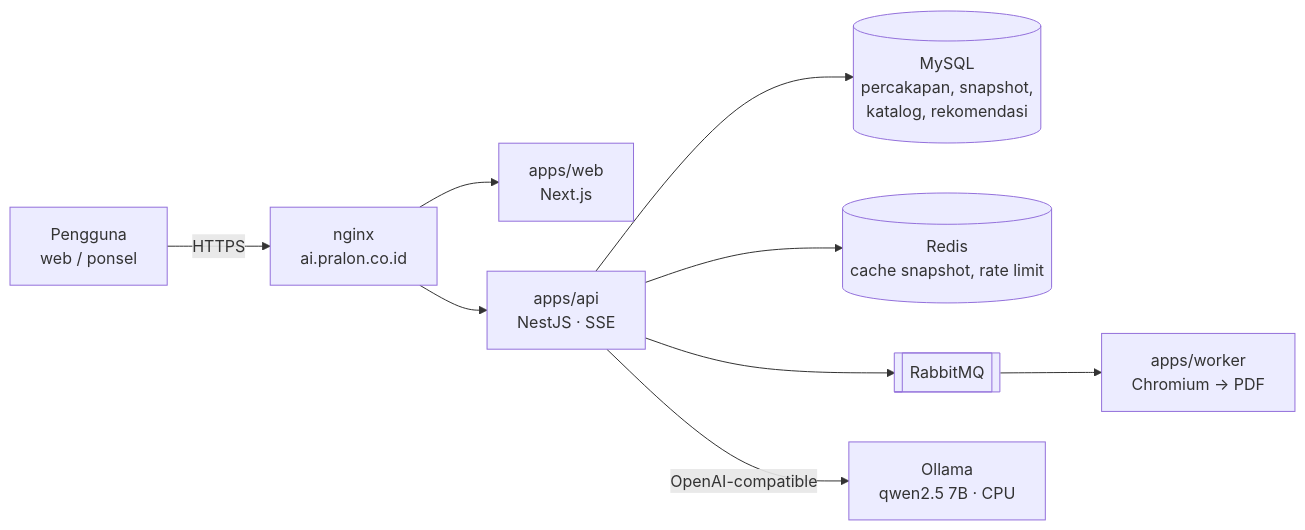
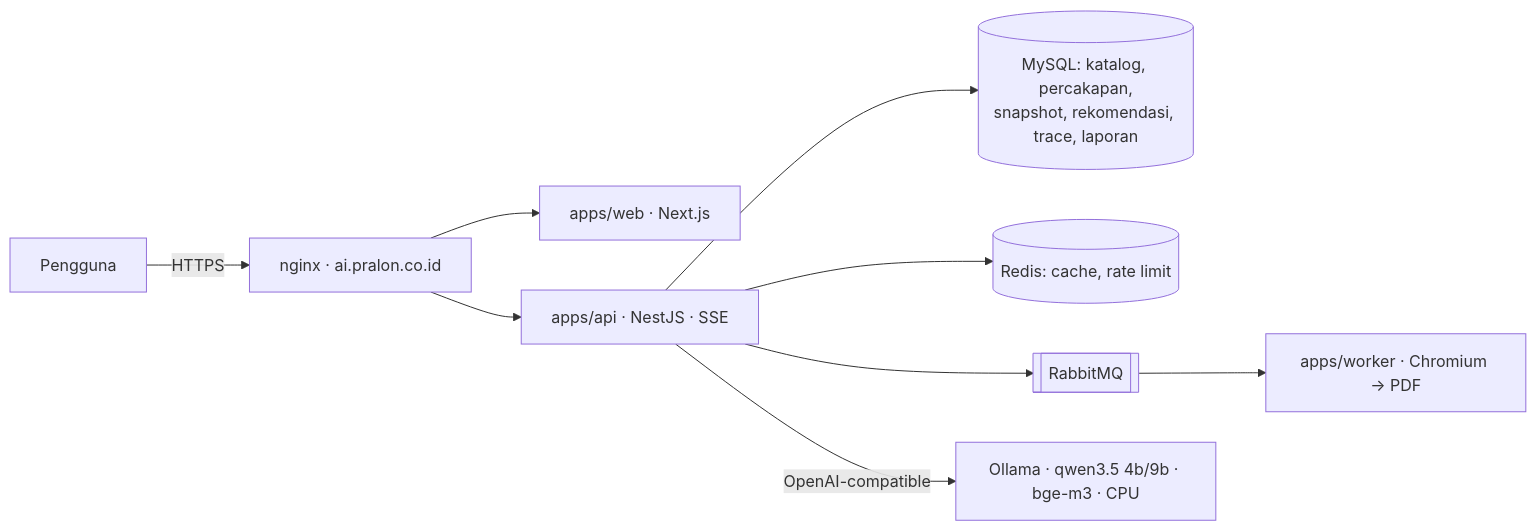
One commit to solusidigitalkita1001-sudo/snouty-draft changed the first of 4 diagrams in docs/brainstorm/ARSITEKTUR_SKEMA.md. Above: the diagram before and after it, drawn with Mermaid. The commit also changed other lines of this file and 4 other files, not shown here.

Commit message:
P16-55: brainstorming pack refreshed — context, architecture, calculation methods, decision topics as of 2026-10-12

````diff
--- a/docs/brainstorm/ARSITEKTUR_SKEMA.md
+++ b/docs/brainstorm/ARSITEKTUR_SKEMA.md
@@ -21,11 +20,10 @@
 ```mermaid
 flowchart LR
-  U[Pengguna<br/>web / ponsel] -->|HTTPS| N[nginx<br/>ai.pralon.co.id]
-  N --> W[apps/web<br/>Next.js]
-  N --> A[apps/api<br/>NestJS · SSE]
-  A --> M[(MySQL<br/>percakapan, snapshot,<br/>katalog, rekomendasi)]
-  A --> R[(Redis<br/>cache snapshot, rate limit)]
-  A --> Q[[RabbitMQ]]
-  Q --> K[apps/worker<br/>Chromium → PDF]
-  A -->|OpenAI-compatible| O[Ollama<br/>qwen2.5 7B · CPU]
+  U[Pengguna] -->|HTTPS| N[nginx · ai.pralon.co.id]
+  N --> W[apps/web · Next.js]
+  N --> A[apps/api · NestJS · SSE]
+  A --> M[(MySQL: katalog, percakapan,<br/>snapshot, rekomendasi, trace, laporan)]
+  A --> R[(Redis: cache, rate limit)]
+  A --> Q[[RabbitMQ]] --> K[apps/worker · Chromium → PDF]
+  A -->|OpenAI-compatible| O[Ollama · qwen3.5 4b/9b · bge-m3 · CPU]
 ```
````
